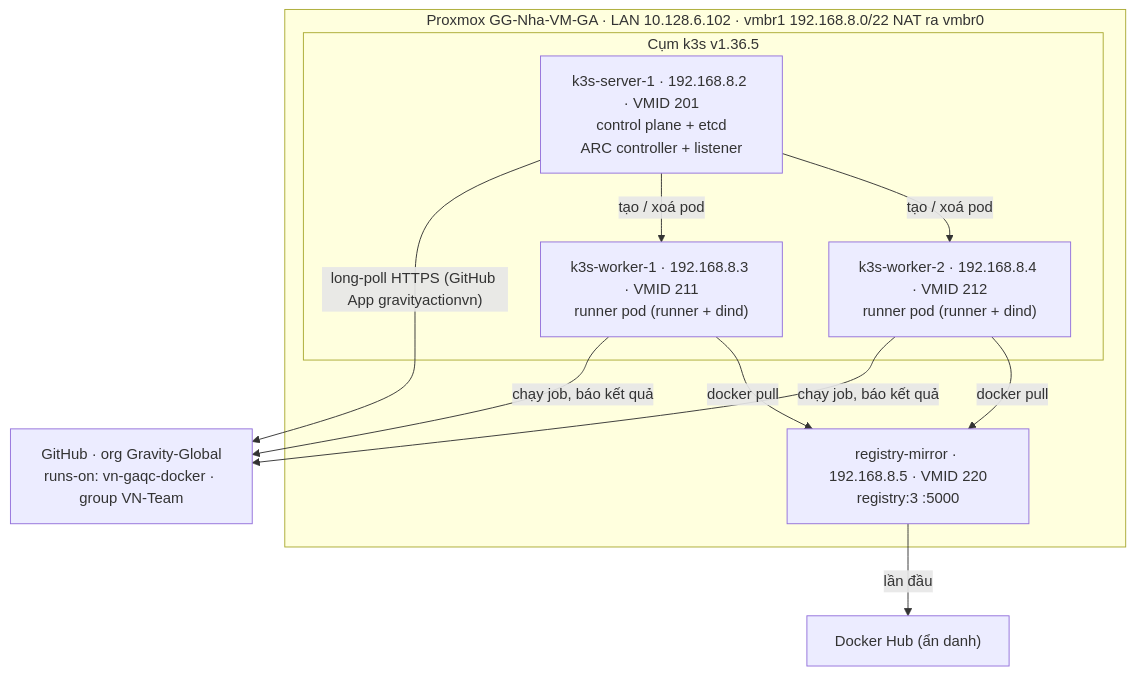
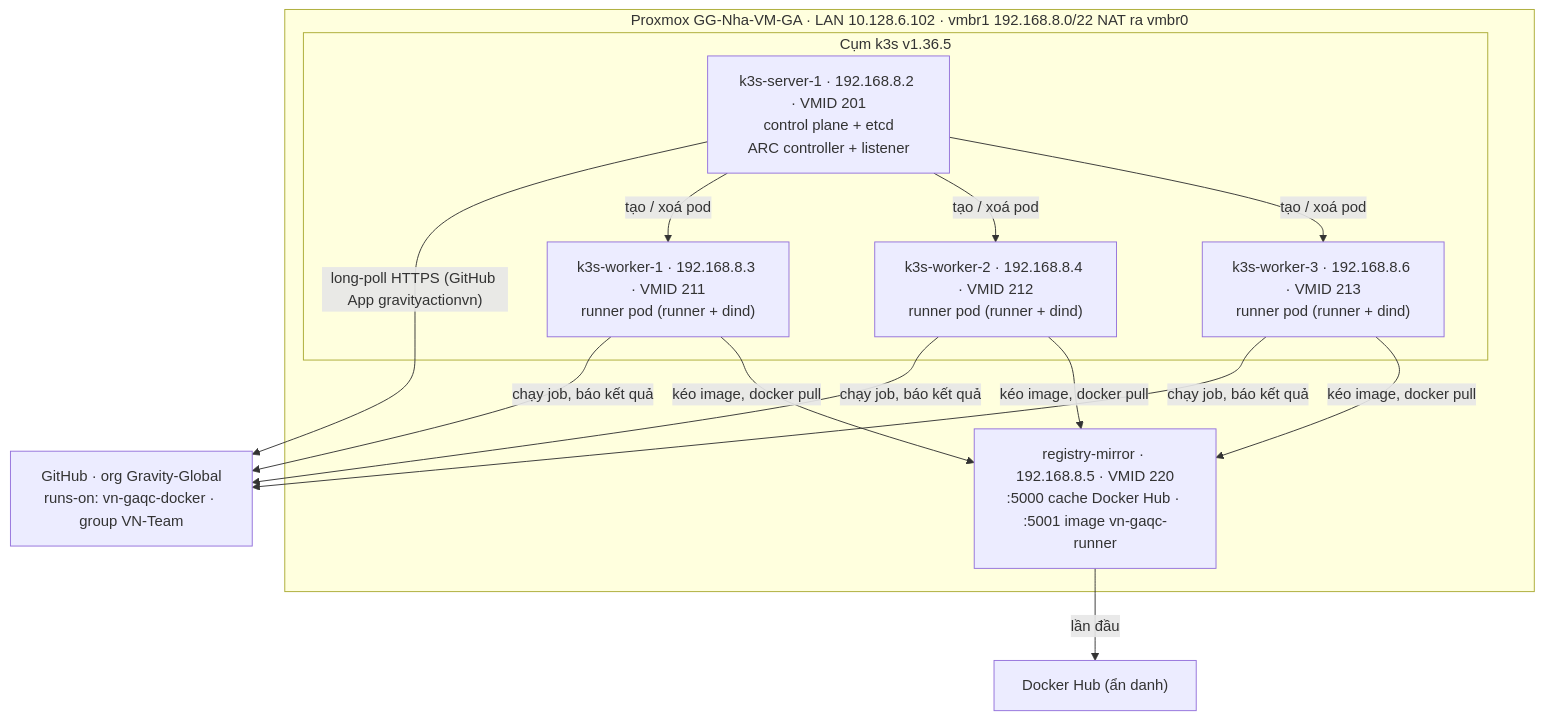
One commit to ynguyengravity/setup-github-runner changed the diagram in docs/proxmox-k3s-arc-guide.md. Above: the diagram before and after it, drawn with Mermaid. The commit also changed other lines of this file and 3 other files, not shown here.

First line of the commit message:
Enhance runner image build and node preparation scripts

````diff
--- a/docs/proxmox-k3s-arc-guide.md
+++ b/docs/proxmox-k3s-arc-guide.md
@@ -28,18 +57,19 @@
 ```mermaid
 flowchart TB
     GH["GitHub · org Gravity-Global<br/>runs-on: vn-gaqc-docker · group VN-Team"]
     DH["Docker Hub (ẩn danh)"]
     subgraph PVE["Proxmox GG-Nha-VM-GA · LAN 10.128.6.102 · vmbr1 192.168.8.0/22 NAT ra vmbr0"]
         subgraph K3S["Cụm k3s v1.36.5"]
             SRV["k3s-server-1 · 192.168.8.2 · VMID 201<br/>control plane + etcd<br/>ARC controller + listener"]
             W1["k3s-worker-1 · 192.168.8.3 · VMID 211<br/>runner pod (runner + dind)"]
             W2["k3s-worker-2 · 192.168.8.4 · VMID 212<br/>runner pod (runner + dind)"]
+            W3["k3s-worker-3 · 192.168.8.6 · VMID 213<br/>runner pod (runner + dind)"]
         end
-        MIR["registry-mirror · 192.168.8.5 · VMID 220<br/>registry:3 :5000"]
+        MIR["registry-mirror · 192.168.8.5 · VMID 220<br/>:5000 cache Docker Hub · :5001 image vn-gaqc-runner"]
     end
     SRV -- "long-poll HTTPS (GitHub App gravityactionvn)" --> GH
-    SRV -- "tạo / xoá pod" --> W1 & W2
-    W1 & W2 -- "chạy job, báo kết quả" --> GH
-    W1 & W2 -- "docker pull" --> MIR
+    SRV -- "tạo / xoá pod" --> W1 & W2 & W3
+    W1 & W2 & W3 -- "chạy job, báo kết quả" --> GH
+    W1 & W2 & W3 -- "kéo image, docker pull" --> MIR
     MIR -- "lần đầu" --> DH
 ```
````
